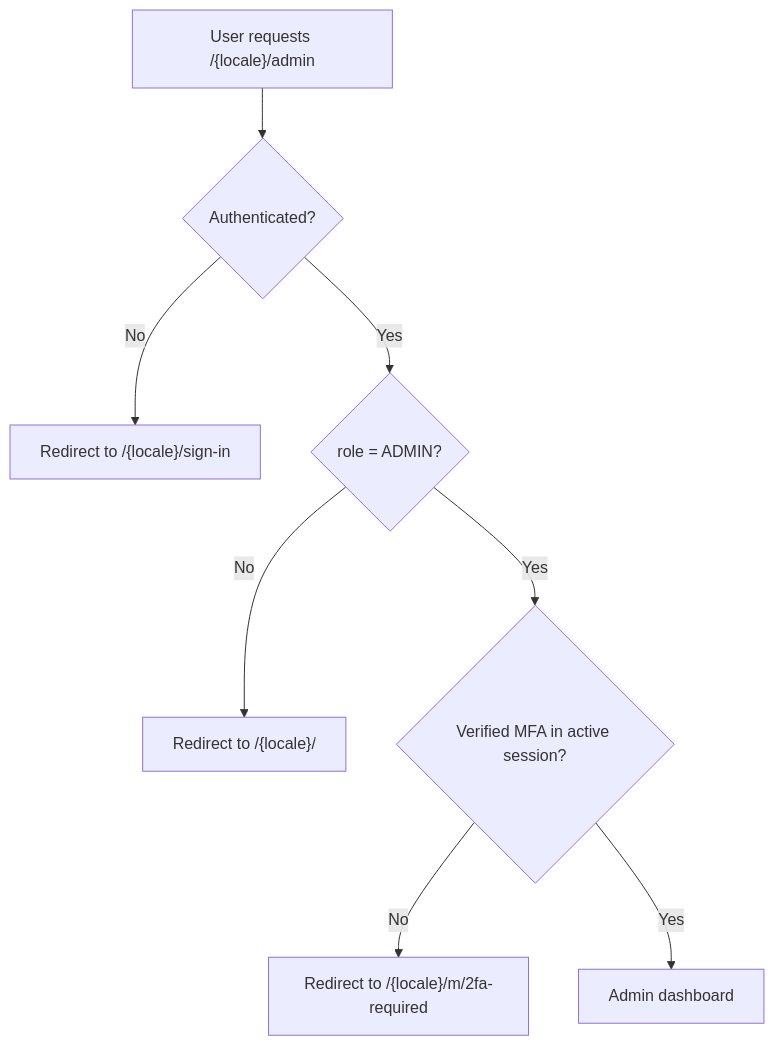
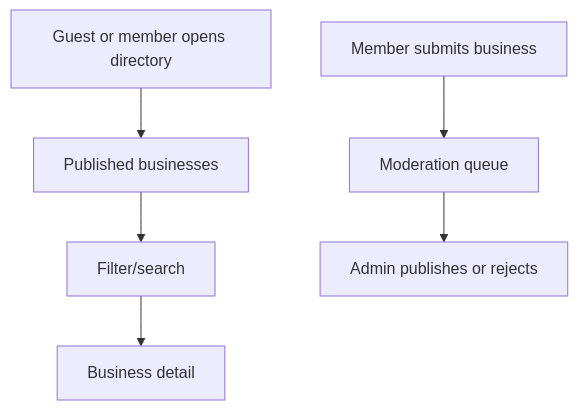
One commit to GeorgiySergeev/kylyvnyk-buisness-club changed the fifth of 7 diagrams in docs/user-flows.md. Above: the diagram before and after it, drawn with Mermaid. The commit also changed other lines of this file and 15 other files, not shown here.

````diff
--- a/docs/user-flows.md
+++ b/docs/user-flows.md
@@ -157,10 +93,8 @@
 ```mermaid
 flowchart TD
-  A["User requests /{locale}/admin"] --> B{"Authenticated?"}
-  B -- "No" --> C["Redirect to /{locale}/sign-in"]
-  B -- "Yes" --> D{"role = ADMIN?"}
-  D -- "No" --> E["Redirect to /{locale}/"]
-  D -- "Yes" --> F{"Verified MFA in active session?"}
-  F -- "No" --> G["Redirect to /{locale}/m/2fa-required"]
-  F -- "Yes" --> H["Admin dashboard"]
+  A["Guest or member opens directory"] --> B["Published businesses"]
+  B --> C["Filter/search"]
+  C --> D["Business detail"]
+  E["Member submits business"] --> F["Moderation queue"]
+  F --> G["Admin publishes or rejects"]
 ```
````
